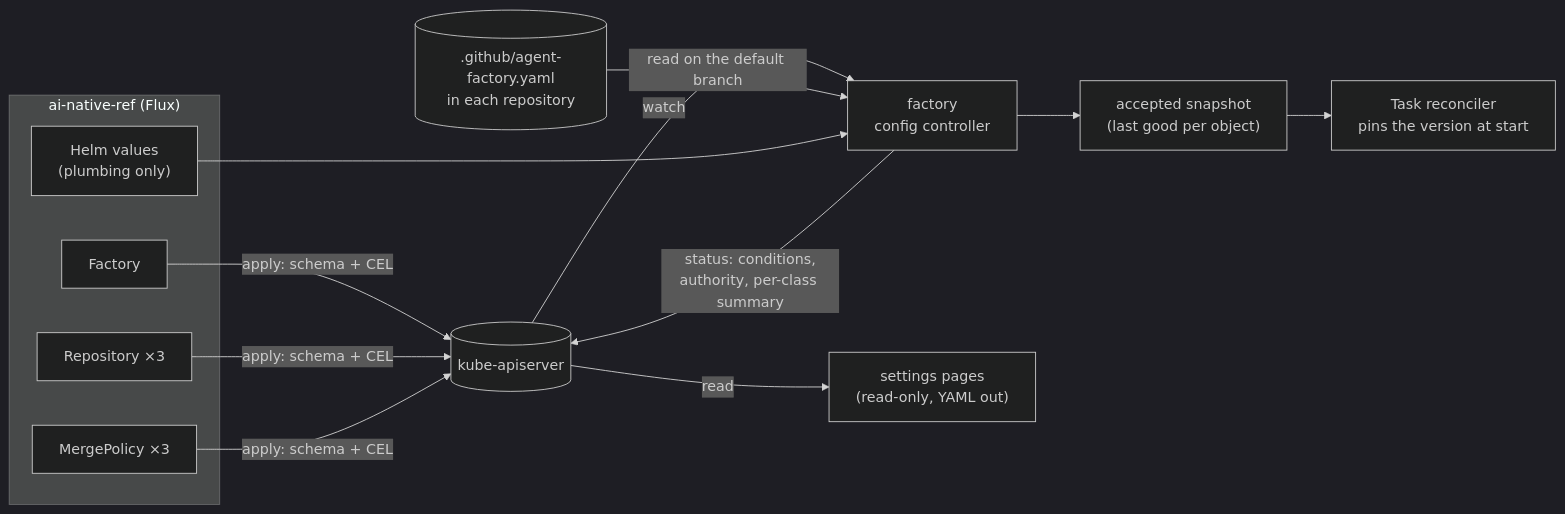
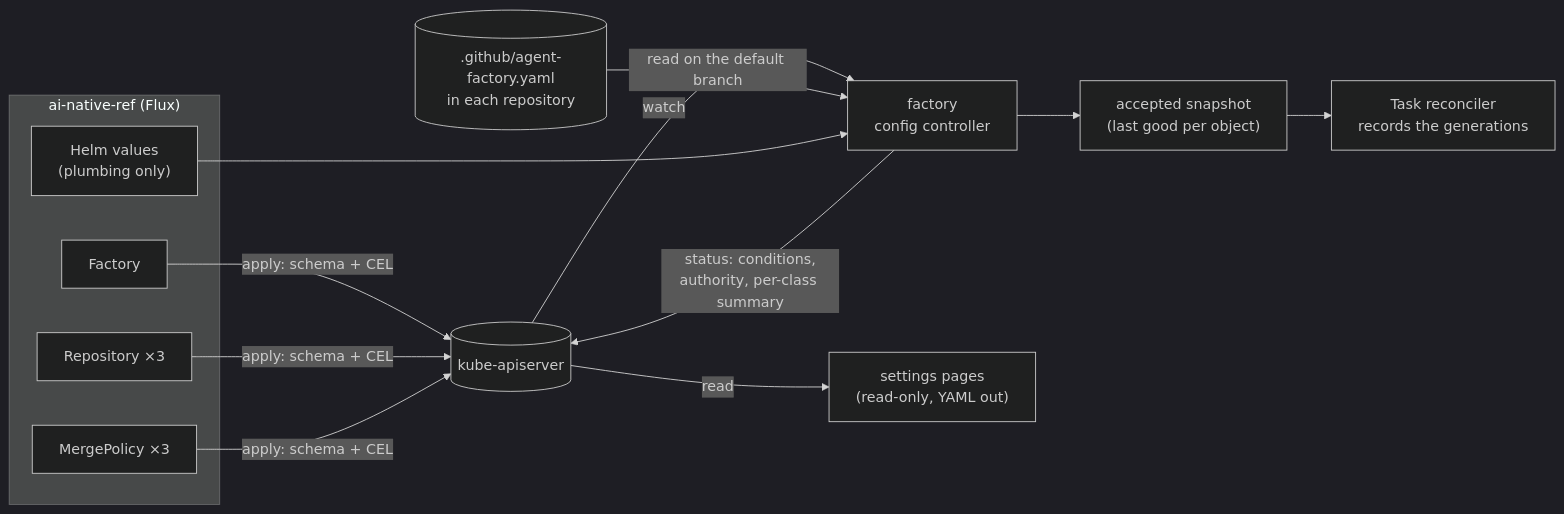
One commit to Smana/maku changed the diagram in docs/superpowers/specs/2026-11-09-factory-resources-design.md. Above: the diagram before and after it, drawn with Mermaid (dark theme). The commit also changed other lines of this file, not shown here.

````diff
--- a/docs/superpowers/specs/2026-11-09-factory-resources-design.md
+++ b/docs/superpowers/specs/2026-11-09-factory-resources-design.md
@@ -26,18 +27,18 @@
 ```mermaid
 flowchart LR
   subgraph git["ai-native-ref (Flux)"]
     fm["Factory"]
     rm["Repository ×3"]
     mm["MergePolicy ×3"]
     hv["Helm values<br/>(plumbing only)"]
   end
   repo[(".github/agent-factory.yaml<br/>in each repository")]
   fm & rm & mm -->|apply: schema + CEL| api[("kube-apiserver")]
   api -->|watch| fac["factory<br/>config controller"]
   repo -->|read on the default branch| fac
   fac -->|"status: conditions,<br/>authority, per-class summary"| api
   fac --> snap["accepted snapshot<br/>(last good per object)"]
-  snap --> rec["Task reconciler<br/>pins the version at start"]
+  snap --> rec["Task reconciler<br/>records the generations"]
   api -->|read| ui["settings pages<br/>(read-only, YAML out)"]
   hv --> fac
 ```
````
